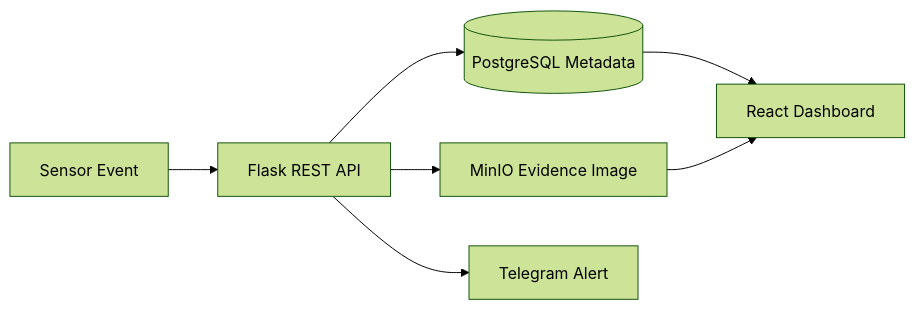
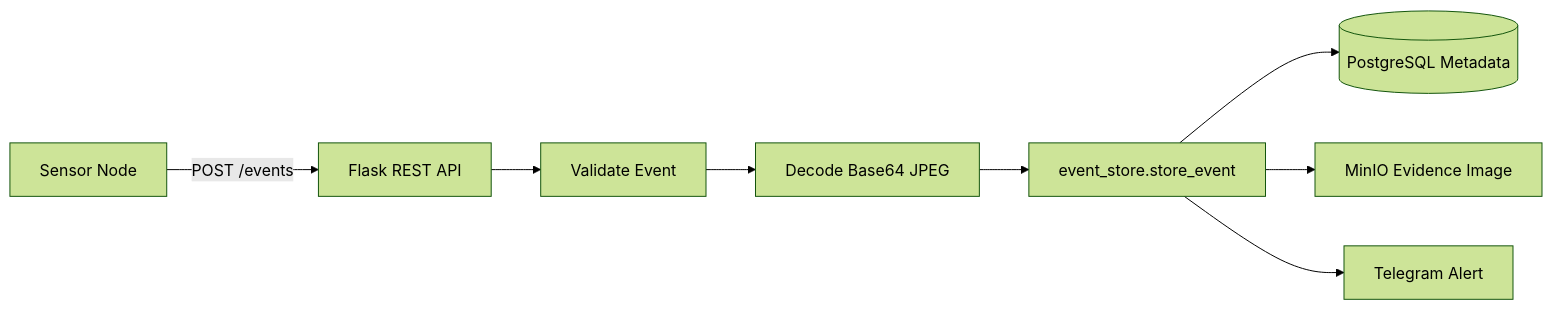
One commit to azazmuzaffar/Newlauncher-5.0 changed the third of 6 diagrams in task7-backend-documentation.md. Above: the diagram before and after it, drawn with Mermaid (forest theme). The commit also changed other lines of this file, not shown here.

````diff
--- a/task7-backend-documentation.md
+++ b/task7-backend-documentation.md
@@ -91,9 +99,10 @@
 ```mermaid
 flowchart LR
-    A[Sensor Event] --> B[Flask REST API]
-    B --> C[(PostgreSQL Metadata)]
-    B --> D[MinIO Evidence Image]
-    C --> E[React Dashboard]
-    D --> E
-    B --> F[Telegram Alert]
+    A[Sensor Node] -->|POST /events| B[Flask REST API]
+    B --> C[Validate Event]
+    C --> D[Decode Base64 JPEG]
+    D --> E[event_store.store_event]
+    E --> F[(PostgreSQL Metadata)]
+    E --> G[MinIO Evidence Image]
+    E --> H[Telegram Alert]
 ```
````
